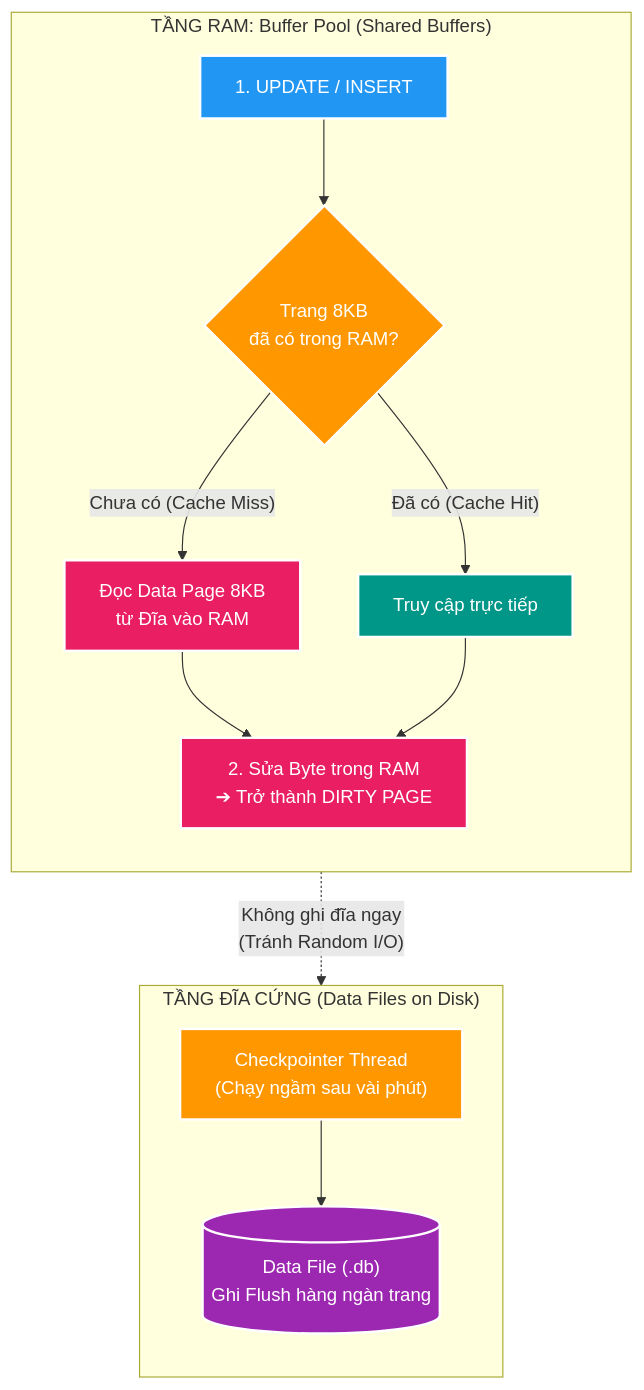
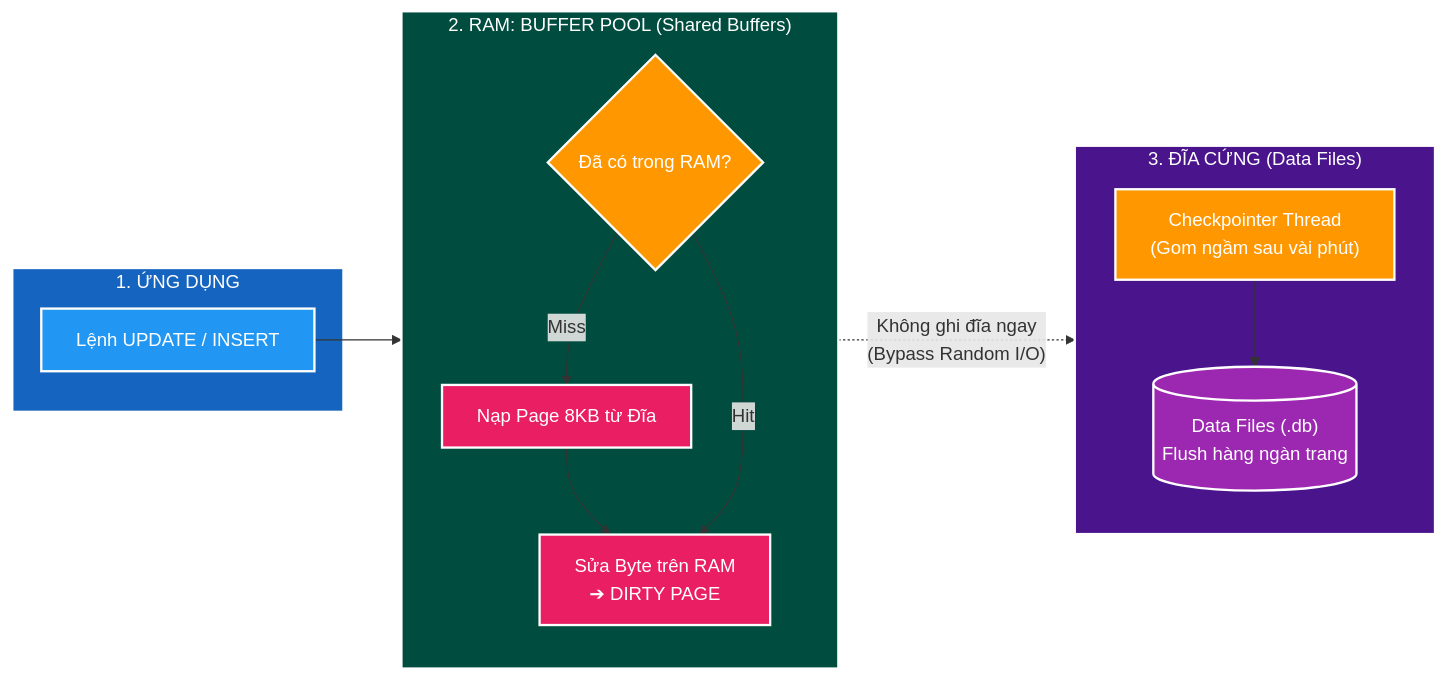
One commit to HungPhan200591/file-mngt-be-v2 changed the third of 10 diagrams in manual/learning/deep-dive/database-internals/00-postgresql-engine-mental-model-and-optimization-playbook.md. Above: the diagram before and after it, drawn with Mermaid. The commit also changed other lines of this file, not shown here.

Commit message:
feat(docs): enhance PostgreSQL engine optimization playbook with detailed diagrams and explanations

````diff
--- a/manual/learning/deep-dive/database-internals/00-postgresql-engine-mental-model-and-optimization-playbook.md
+++ b/manual/learning/deep-dive/database-internals/00-postgresql-engine-mental-model-and-optimization-playbook.md
@@ -93,28 +97,34 @@
 ```mermaid
-flowchart TD
-    subgraph RAM_BUFFER["TẦNG RAM: Buffer Pool (Shared Buffers)"]
-        direction TB
-        REQ["1. UPDATE / INSERT"] --> LOOKUP{"Trang 8KB<br/>đã có trong RAM?"}
-        LOOKUP -->|"Chưa có (Cache Miss)"| LOAD_PAGE["Đọc Data Page 8KB<br/>từ Đĩa vào RAM"]
-        LOOKUP -->|"Đã có (Cache Hit)"| DIRECT["Truy cập trực tiếp"]
-        LOAD_PAGE --> MUTATE["2. Sửa Byte trong RAM<br/>➔ Trở thành DIRTY PAGE"]
-        DIRECT --> MUTATE
+flowchart LR
+    subgraph CLIENT_APP["1. ỨNG DỤNG"]
+        REQ["Lệnh UPDATE / INSERT"]
     end
 
-    subgraph DISK_LAYER["TẦNG ĐĨA CỨNG (Data Files on Disk)"]
+    subgraph BUFFER_POOL["2. RAM: BUFFER POOL (Shared Buffers)"]
         direction TB
-        CHECKPOINT["Checkpointer Thread<br/>(Chạy ngầm sau vài phút)"]
-        DATA_FILE[("Data File (.db)<br/>Ghi Flush hàng ngàn trang")]
-        CHECKPOINT --> DATA_FILE
+        CACHE_CHECK{"Đã có trong RAM?"}
+        LOAD_RAM["Nạp Page 8KB từ Đĩa"]
+        MUTATE["Sửa Byte trên RAM<br/>➔ DIRTY PAGE"]
+        CACHE_CHECK -->|"Miss"| LOAD_RAM --> MUTATE
+        CACHE_CHECK -->|"Hit"| MUTATE
     end
 
-    MUTATE -.->|"Không ghi đĩa ngay<br/>(Tránh Random I/O)"| CHECKPOINT
+    subgraph DISK_STORE["3. ĐĨA CỨNG (Data Files)"]
+        direction TB
+        CHECKPOINT["Checkpointer Thread<br/>(Gom ngầm sau vài phút)"]
+        DISK_PAGES[("Data Files (.db)<br/>Flush hàng ngàn trang")]
+        CHECKPOINT --> DISK_PAGES
+    end
 
+    REQ --> CACHE_CHECK
+    MUTATE -.->|"Không ghi đĩa ngay<br/>(Bypass Random I/O)"| CHECKPOINT
+    style CLIENT_APP fill:#1565C0,stroke:#fff,stroke-width:2px,color:#fff
     style REQ fill:#2196F3,stroke:#fff,stroke-width:2px,color:#fff
-    style LOOKUP fill:#FF9800,stroke:#fff,stroke-width:2px,color:#fff
-    style LOAD_PAGE fill:#E91E63,stroke:#fff,stroke-width:2px,color:#fff
-    style DIRECT fill:#009688,stroke:#fff,stroke-width:2px,color:#fff
+    style BUFFER_POOL fill:#004D40,stroke:#fff,stroke-width:2px,color:#fff
+    style CACHE_CHECK fill:#FF9800,stroke:#fff,stroke-width:2px,color:#fff
+    style LOAD_RAM fill:#E91E63,stroke:#fff,stroke-width:2px,color:#fff
     style MUTATE fill:#E91E63,stroke:#fff,stroke-width:2px,color:#fff
+    style DISK_STORE fill:#4A148C,stroke:#fff,stroke-width:2px,color:#fff
     style CHECKPOINT fill:#FF9800,stroke:#fff,stroke-width:2px,color:#fff
-    style DATA_FILE fill:#9C27B0,stroke:#fff,stroke-width:2px,color:#fff
+    style DISK_PAGES fill:#9C27B0,stroke:#fff,stroke-width:2px,color:#fff
 ```
````
